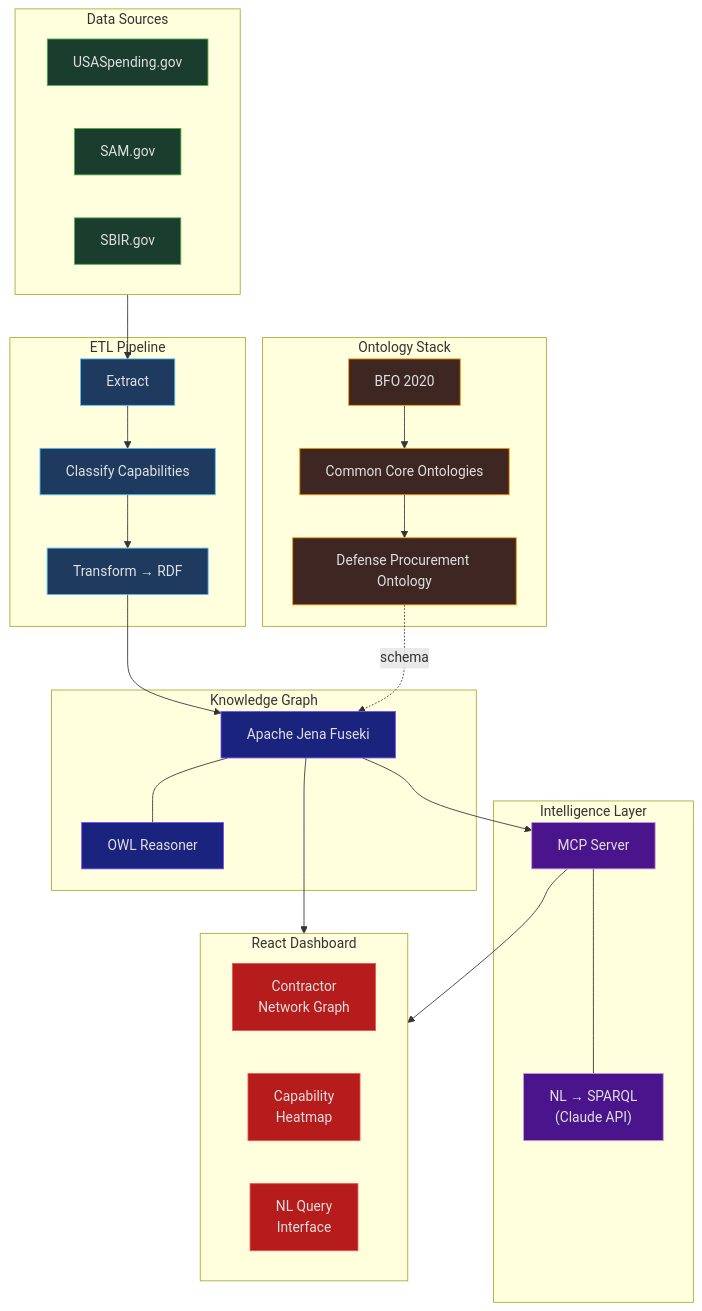
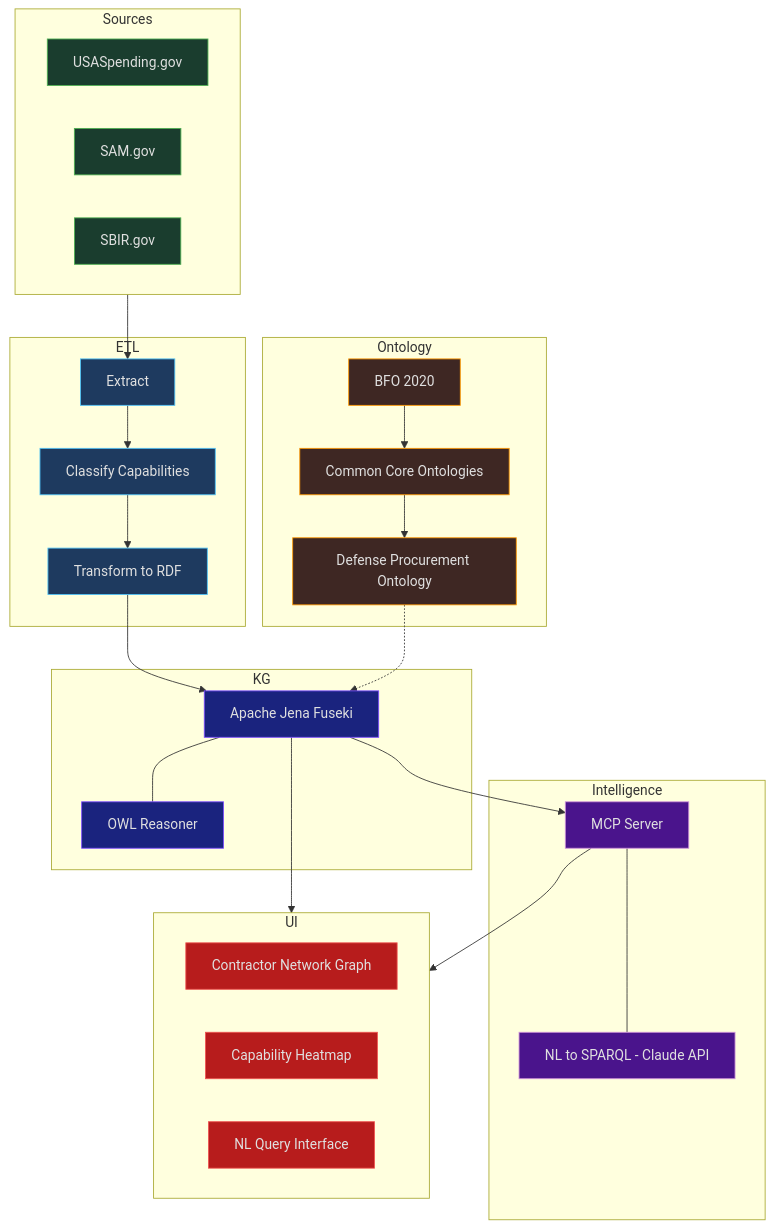
One commit to dkmiller321/DefPrO changed the diagram in architecture-simple.mermaid. Above: the diagram before and after it, drawn with Mermaid. The commit also changed 1 other file, not shown here.

Commit message:
Add package-lock.json and sync mermaid formatting

```diff
--- a/architecture-simple.mermaid
+++ b/architecture-simple.mermaid
@@ -1,56 +1,60 @@
 graph TB
-    subgraph Sources["Data Sources"]
-        USA["USASpending.gov"]
-        SAM["SAM.gov"]
-        SBIR["SBIR.gov"]
-    end
 
-    subgraph ETL["ETL Pipeline"]
-        EXT["Extract"]
-        CLASS["Classify Capabilities"]
-        TRANS["Transform → RDF"]
-        EXT --> CLASS --> TRANS
-    end
+subgraph Sources
+    USA[USASpending.gov]
+    SAM[SAM.gov]
+    SBIR[SBIR.gov]
+end
 
-    subgraph Ontology["Ontology Stack"]
-        BFO["BFO 2020"] --> CCO["Common Core Ontologies"] --> DOM["Defense Procurement Ontology"]
-    end
+subgraph ETL
+    EXT[Extract]
+    CLASS[Classify Capabilities]
+    TRANS[Transform to RDF]
+    EXT --> CLASS --> TRANS
+end
 
-    subgraph KG["Knowledge Graph"]
-        FUSEKI["Apache Jena Fuseki"]
-        REASON["OWL Reasoner"]
-        FUSEKI --- REASON
-    end
+subgraph Ontology
+    BFO[BFO 2020]
+    CCO[Common Core Ontologies]
+    DOM[Defense Procurement Ontology]
+    BFO --> CCO --> DOM
+end
 
-    subgraph Intelligence["Intelligence Layer"]
-        MCP["MCP Server"]
-        NL["NL → SPARQL\n(Claude API)"]
-        MCP --- NL
-    end
+subgraph KG
+    FUSEKI[Apache Jena Fuseki]
+    REASON[OWL Reasoner]
+    FUSEKI --- REASON
+end
 
-    subgraph UI["React Dashboard"]
-        NET["Contractor\nNetwork Graph"]
-        HEAT["Capability\nHeatmap"]
-        QUERY["NL Query\nInterface"]
-    end
+subgraph Intelligence
+    MCP[MCP Server]
+    NL[NL to SPARQL - Claude API]
+    MCP --- NL
+end
 
-    Sources --> EXT
-    TRANS --> FUSEKI
-    DOM -.->|schema| FUSEKI
-    FUSEKI --> MCP
-    FUSEKI --> UI
-    MCP --> UI
+subgraph UI
+    NET[Contractor Network Graph]
+    HEAT[Capability Heatmap]
+    QUERY[NL Query Interface]
+end
 
-    classDef source fill:#1a3d2e,stroke:#4caf50,color:#e0e0e0
-    classDef etl fill:#1e3a5f,stroke:#4fc3f7,color:#e0e0e0
-    classDef onto fill:#3e2723,stroke:#ff9800,color:#e0e0e0
-    classDef store fill:#1a237e,stroke:#7c4dff,color:#e0e0e0
-    classDef intel fill:#4a148c,stroke:#ce93d8,color:#e0e0e0
-    classDef ui fill:#b71c1c,stroke:#ef5350,color:#e0e0e0
+Sources --> EXT
+TRANS --> FUSEKI
+DOM -.-> FUSEKI
+FUSEKI --> MCP
+FUSEKI --> UI
+MCP --> UI
 
-    class USA,SAM,SBIR source
-    class EXT,CLASS,TRANS etl
-    class BFO,CCO,DOM onto
-    class FUSEKI,REASON store
-    class MCP,NL intel
-    class NET,HEAT,QUERY ui
+classDef source fill:#1a3d2e,stroke:#4caf50,color:#e0e0e0
+classDef etl fill:#1e3a5f,stroke:#4fc3f7,color:#e0e0e0
+classDef onto fill:#3e2723,stroke:#ff9800,color:#e0e0e0
+classDef store fill:#1a237e,stroke:#7c4dff,color:#e0e0e0
+classDef intel fill:#4a148c,stroke:#ce93d8,color:#e0e0e0
+classDef ui fill:#b71c1c,stroke:#ef5350,color:#e0e0e0
+
+class USA,SAM,SBIR source
+class EXT,CLASS,TRANS etl
+class BFO,CCO,DOM onto
+class FUSEKI,REASON store
+class MCP,NL intel
+class NET,HEAT,QUERY ui
```
